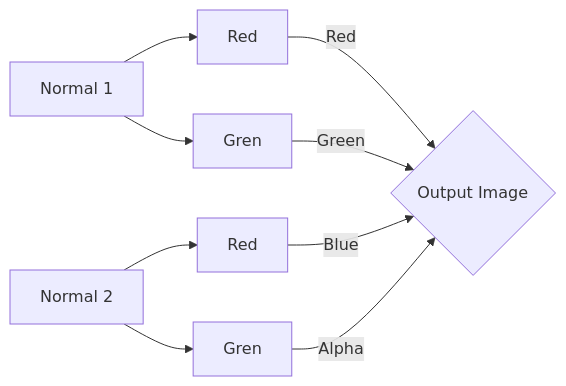
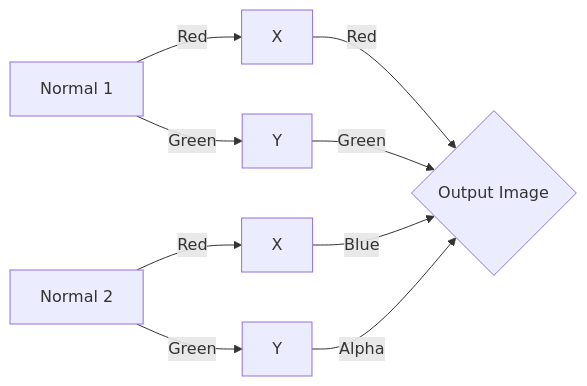
The fourth of 6 diagrams in README.md (Rixx-vr/pbs_texture_merger), drawn with Mermaid before and after one commit. The commit also changed other lines of this file and 1 other file, not shown here.

````diff
--- a/README.md
+++ b/README.md
@@ -35,8 +41,8 @@
 ```mermaid
 
 graph LR
-  A[Normal 1] -->B[Red] -->|Red| G{Output Image}
-  A[Normal 1] -->C[Gren] -->|Green| G{Output Image}
-  D[Normal 2] -->E[Red] -->|Blue| G{Output Image}
-  D[Normal 2] -->F[Gren] -->|Alpha| G{Output Image}
+  A[Normal 1] -->|Red|B[X] -->|Red| G{Output Image}
+  A[Normal 1] -->|Green|C[Y] -->|Green| G{Output Image}
+  D[Normal 2] -->|Red|E[X] -->|Blue| G{Output Image}
+  D[Normal 2] -->|Green|F[Y] -->|Alpha| G{Output Image}
 ```
````
